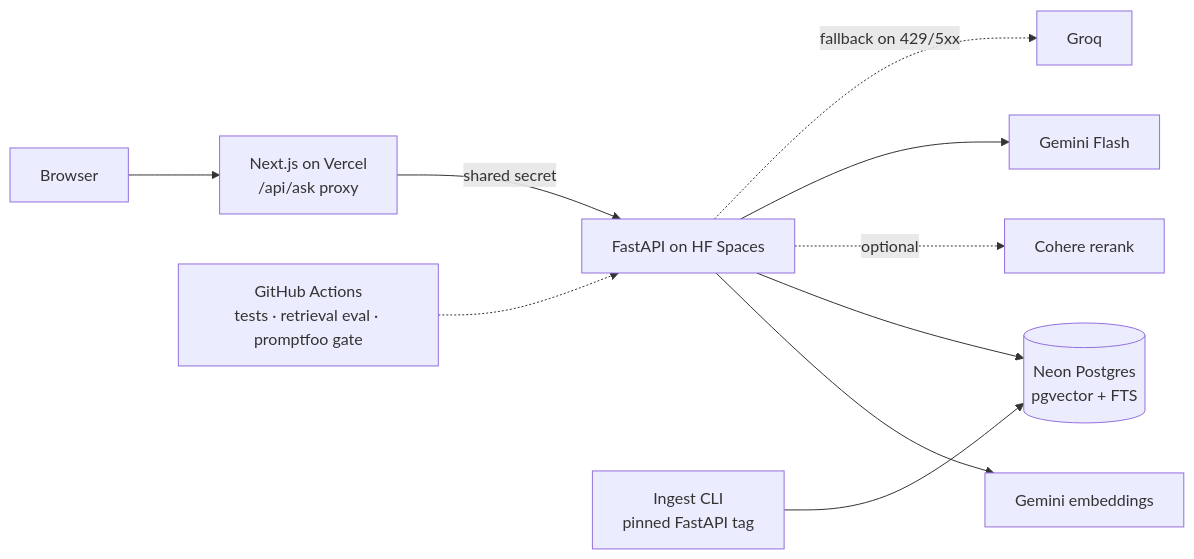
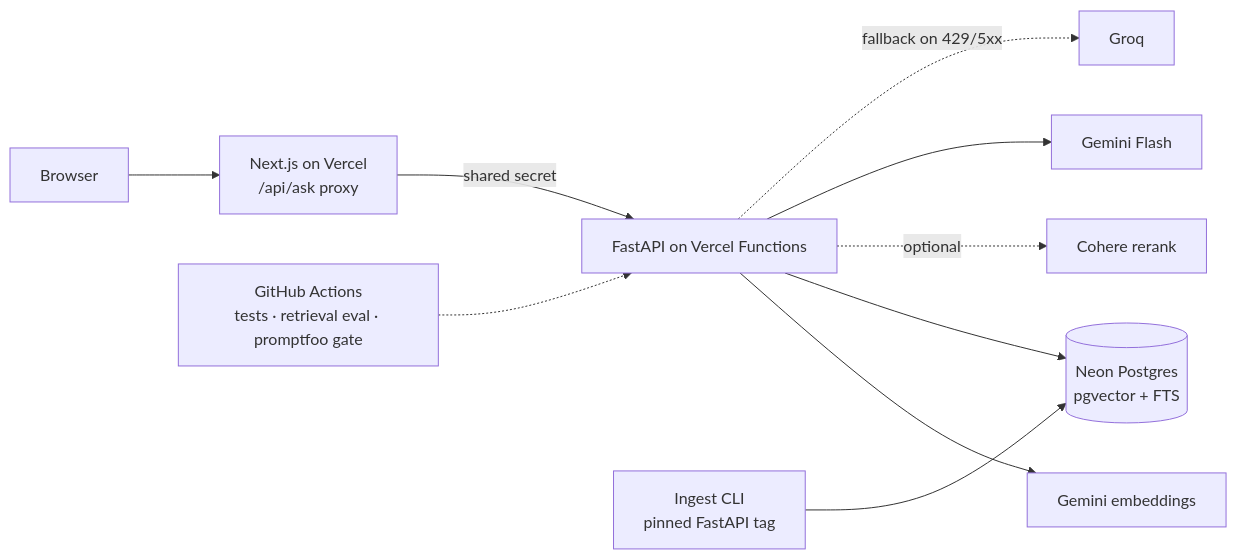
Before and after one commit to Niksa1101/grounded: the diagram in README.md, drawn with Mermaid. The commit also changed other lines of this file and 4 other files, not shown here.

````diff
--- a/README.md
+++ b/README.md
@@ -37,12 +37,12 @@
 ```mermaid
 flowchart LR
     U[Browser] --> FE[Next.js on Vercel<br/>/api/ask proxy]
-    FE -- shared secret --> API[FastAPI on HF Spaces]
+    FE -- shared secret --> API[FastAPI on Vercel Functions]
     API --> EMB[Gemini embeddings]
     API --> DB[(Neon Postgres<br/>pgvector + FTS)]
     API -. optional .-> RR[Cohere rerank]
     API --> LLM[Gemini Flash]
     API -. "fallback on 429/5xx" .-> LLM2[Groq]
     ING[Ingest CLI<br/>pinned FastAPI tag] --> DB
     CI[GitHub Actions<br/>tests · retrieval eval · promptfoo gate] -.-> API
 ```
````
